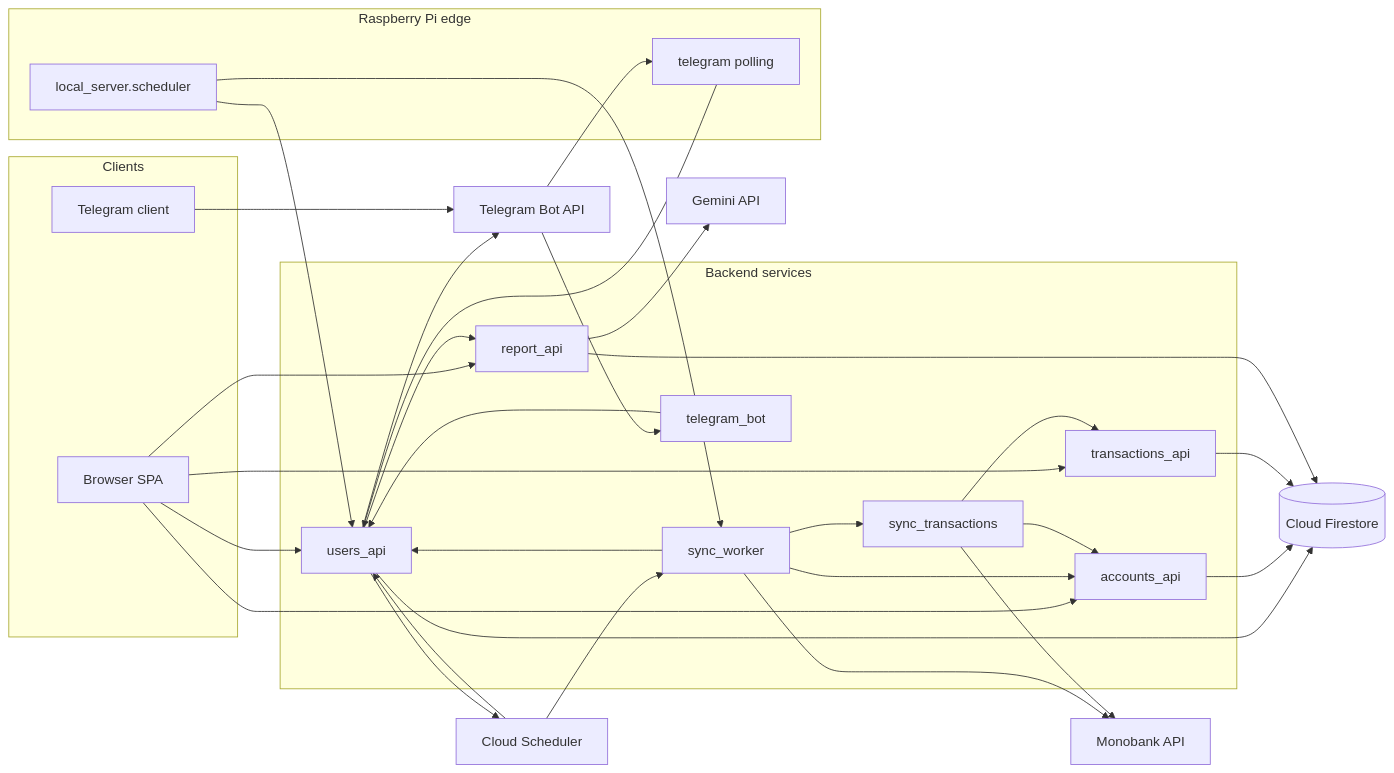
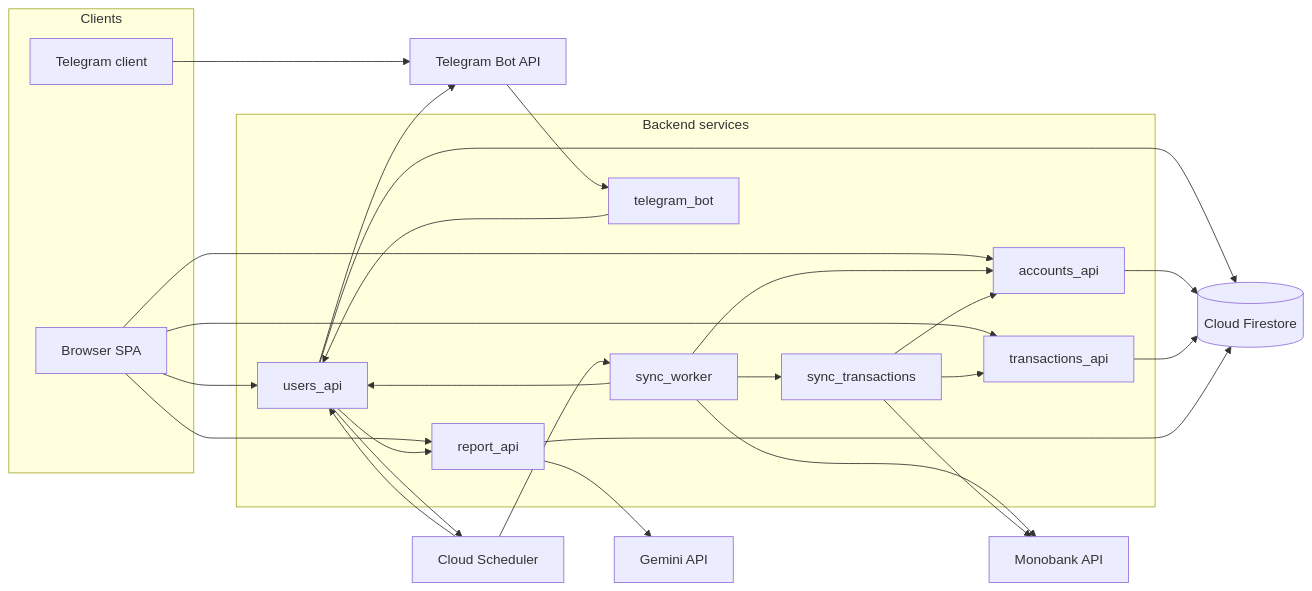
The second of 8 diagrams in docs/arc42.md (IuriiRR/MonoProjectCloud), drawn with Mermaid before and after one commit. The commit also changed other lines of this file and 53 other files, not shown here.

First line of the commit message:
chore: remove local server (RPi mirror) — GCP-only runtime

````diff
--- a/docs/arc42.md
+++ b/docs/arc42.md
@@ -182,63 +178,54 @@
 ```mermaid
 flowchart LR
   subgraph clients [Clients]
     Browser[Browser SPA]
     TgClient[Telegram client]
   end
 
   subgraph backend [Backend services]
     UsersApi[users_api]
     AccountsApi[accounts_api]
     TransactionsApi[transactions_api]
     ReportApi[report_api]
     SyncWorker[sync_worker]
     SyncTx[sync_transactions]
     TelegramBot[telegram_bot]
   end
 
-  subgraph edge [Raspberry Pi edge]
-    PiScheduler[local_server.scheduler]
-    Polling[telegram polling]
-  end
-
   Firestore[(Cloud Firestore)]
   Monobank[Monobank API]
   Gemini[Gemini API]
   Telegram[Telegram Bot API]
   CloudSched[Cloud Scheduler]
 
   Browser --> UsersApi
   Browser --> AccountsApi
   Browser --> TransactionsApi
   Browser --> ReportApi
 
   TgClient --> Telegram
   Telegram --> TelegramBot
-  Telegram --> Polling
-  Polling --> UsersApi
   TelegramBot --> UsersApi
 
-  PiScheduler --> SyncWorker
-  PiScheduler --> UsersApi
   CloudSched --> UsersApi
   CloudSched --> SyncWorker
 
   SyncWorker --> UsersApi
   SyncWorker --> AccountsApi
   SyncWorker --> SyncTx
   SyncWorker --> Monobank
 
   SyncTx --> AccountsApi
   SyncTx --> TransactionsApi
   SyncTx --> Monobank
 
   UsersApi --> ReportApi
   UsersApi --> Telegram
   UsersApi --> CloudSched
   ReportApi --> Gemini
 
   UsersApi --> Firestore
   AccountsApi --> Firestore
   TransactionsApi --> Firestore
   ReportApi --> Firestore
 ```
````
